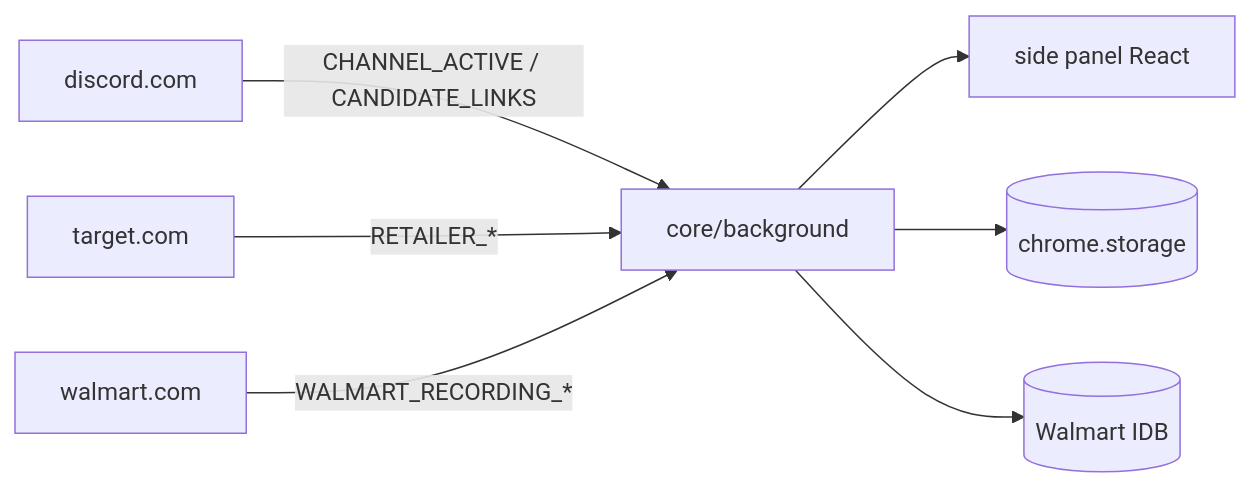
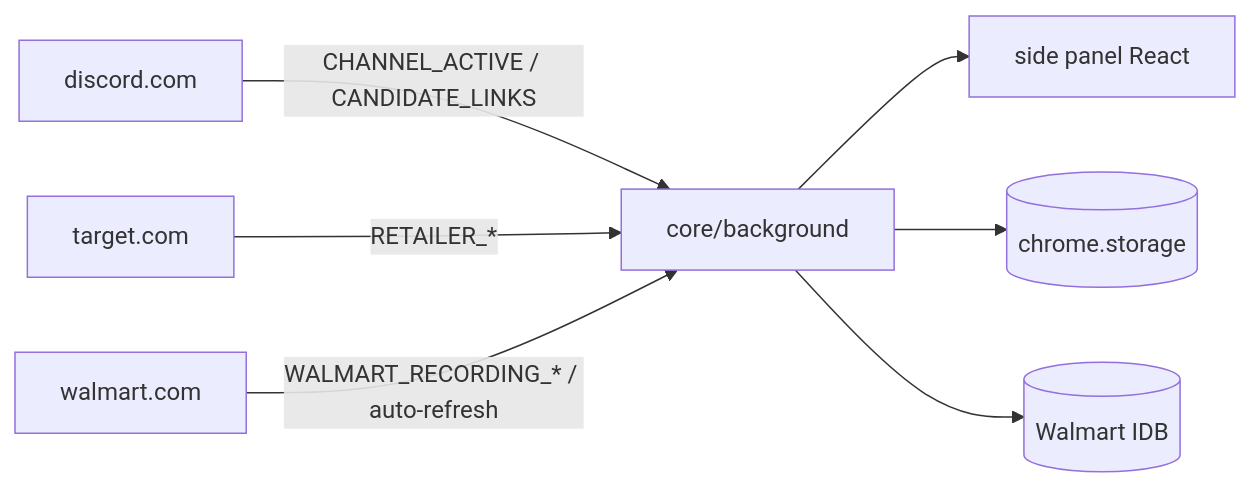
The second of 2 diagrams in AGENTS.md (Quarks-1/CookieScripts), drawn with Mermaid before and after one commit. The commit also changed other lines of this file and 5 other files, not shown here.

````diff
--- a/AGENTS.md
+++ b/AGENTS.md
@@ -105,9 +106,9 @@
 ```mermaid
 flowchart LR
   discord[discord.com] -->|CHANNEL_ACTIVE / CANDIDATE_LINKS| SW[core/background]
   target[target.com] -->|RETAILER_*| SW
-  walmart[walmart.com] -->|WALMART_RECORDING_*| SW
+  walmart[walmart.com] -->|WALMART_RECORDING_* / auto-refresh| SW
   SW --> UI[side panel React]
   SW --> Store[(chrome.storage)]
   SW --> IDB[(Walmart IDB)]
 ```
````
